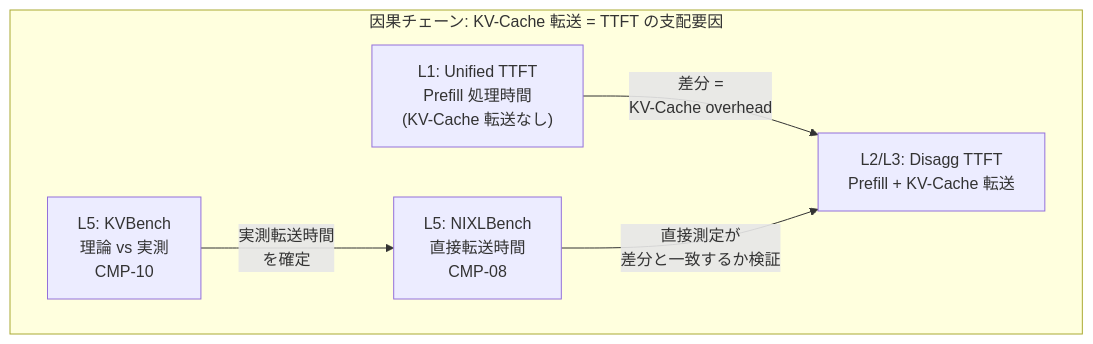
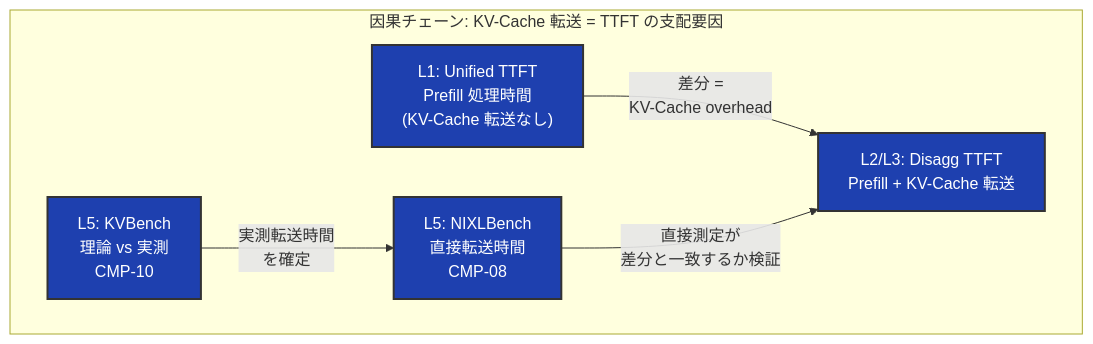
Diagram 12 of 15 in articles/3dd524130320d3.md (littlemex/zenn), drawn with Mermaid before and after one commit. The commit also changed other lines of this file, not shown here.

````diff
--- a/articles/3dd524130320d3.md
+++ b/articles/3dd524130320d3.md
@@ -675,13 +694,18 @@
 ```mermaid
 graph LR
     subgraph "因果チェーン: KV-Cache 転送 = TTFT の支配要因"
         direction LR
         KB["L5: KVBench<br/>理論 vs 実測<br/>CMP-10"]
         NB2["L5: NIXLBench<br/>直接転送時間<br/>CMP-08"]
         UNIFIED["L1: Unified TTFT<br/>Prefill 処理時間<br/>(KV-Cache 転送なし)"]
         DISAGG["L2/L3: Disagg TTFT<br/>Prefill + KV-Cache 転送"]
         KB -->|"実測転送時間<br/>を確定"| NB2
         UNIFIED -->|"差分 = <br/>KV-Cache overhead"| DISAGG
         NB2 -->|"直接測定が<br/>差分と一致するか検証"| DISAGG
     end
+
+    style KB fill: #1e40af,stroke: #333,stroke-width:2px,color: #fff
+    style NB2 fill: #1e40af,stroke: #333,stroke-width:2px,color: #fff
+    style UNIFIED fill: #1e40af,stroke: #333,stroke-width:2px,color: #fff
+    style DISAGG fill: #1e40af,stroke: #333,stroke-width:2px,color: #fff
 ```
````
